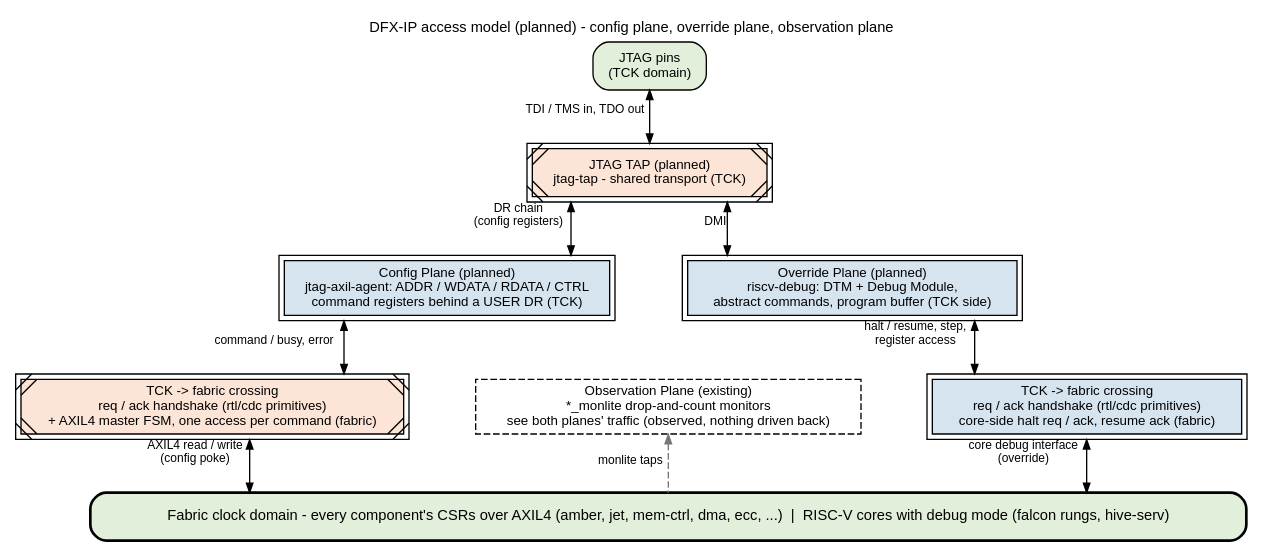
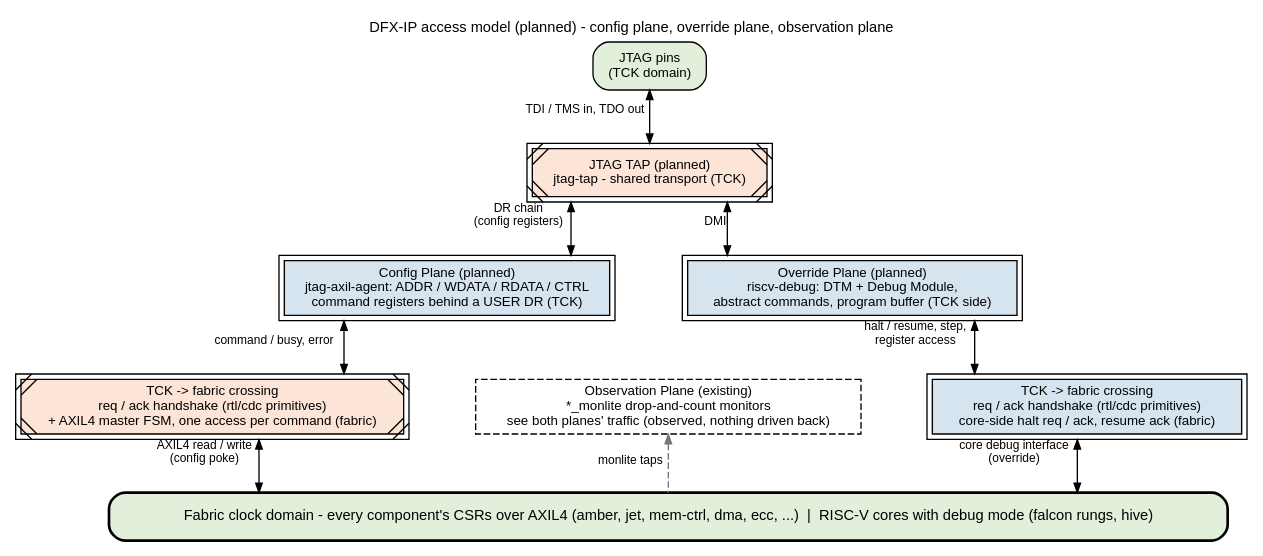
One commit to sean-galloway/RTLDesignSherpa changed the diagram in projects/components/dfx-ip/docs/dfx_has/assets/graphviz/01_access_planes.dot. Above: the diagram before and after it, drawn with Graphviz. The commit also changed 228 other files, not shown here.

```diff
--- a/projects/components/dfx-ip/docs/dfx_has/assets/graphviz/01_access_planes.dot
+++ b/projects/components/dfx-ip/docs/dfx_has/assets/graphviz/01_access_planes.dot
@@ -1,44 +1,44 @@
 // DFX-IP access model (planned) -- house style per
 // vault/handbook/authoring/block-diagrams.md. Converted from the ASCII figure
 // in HAS ch02 (the three planes). No DFX-IP RTL exists yet; the figure draws
 // only what the chapter states. Config plane down the left, override plane
 // down the right, one shared TAP above both; the fabric clock domain is the
 // bar. Each block names its clock domain (TCK or fabric) in its label.
 digraph dfx_access_planes {
     graph [rankdir=TB, bgcolor="white", fontname="Helvetica", fontsize=11,
            nodesep="0.70", ranksep="0.55", splines=ortho,
            label="DFX-IP access model (planned) - config plane, override plane, observation plane",
            labelloc=t, labeljust=c];
     node  [fontname="Helvetica", fontsize=10, shape=box, style=filled,
            fillcolor="white", color="black", margin="0.12,0.06"];
     edge  [fontname="Helvetica", fontsize=9, color="black", arrowsize=0.7];
 
     jtag [label="JTAG pins\n(TCK domain)", fillcolor="white", style="rounded,filled", fillcolor="#E2EFDA"];
     tap  [label="JTAG TAP (planned)\njtag-tap - shared transport (TCK)", peripheries=2, style="filled,diagonals", fillcolor="#FCE4D6"];
 
     agent [label="Config Plane (planned)\njtag-axil-agent: ADDR / WDATA / RDATA / CTRL\ncommand registers behind a USER DR (TCK)", peripheries=2, style="filled", fillcolor="#D6E4F0"];
     dm    [label="Override Plane (planned)\nriscv-debug: DTM + Debug Module,\nabstract commands, program buffer (TCK side)", peripheries=2, style="filled", fillcolor="#D6E4F0"];
 
     cdc_a [label="TCK -> fabric crossing\nreq / ack handshake (rtl/cdc primitives)\n+ AXIL4 master FSM, one access per command (fabric)", peripheries=2, style="filled,diagonals", fillcolor="#FCE4D6"];
     cdc_d [label="TCK -> fabric crossing\nreq / ack handshake (rtl/cdc primitives)\ncore-side halt req / ack, resume ack (fabric)", peripheries=2, style="filled", fillcolor="#D6E4F0"];
 
     obs [label="Observation Plane (existing)\n*_monlite drop-and-count monitors\nsee both planes' traffic (observed, nothing driven back)",
          style="filled,dashed", style="filled,dashed", fillcolor="white"];
 
-    bar [label="Fabric clock domain - every component's CSRs over AXIL4 (amber, jet, mem-ctrl, dma, ecc, ...)  |  RISC-V cores with debug mode (falcon rungs, hive-serv)",
+    bar [label="Fabric clock domain - every component's CSRs over AXIL4 (amber, jet, mem-ctrl, dma, ecc, ...)  |  RISC-V cores with debug mode (falcon rungs, hive)",
          fillcolor="white", width=10, height=0.5, fontsize=11, style="rounded,filled,bold", fillcolor="#E2EFDA"];
 
     jtag  -> tap   [dir=both, xlabel="TDI / TMS in, TDO out"];
     tap   -> agent [dir=both, xlabel="DR chain\n(config registers)"];
     tap   -> dm    [dir=both, xlabel="DMI"];
     agent -> cdc_a [dir=both, xlabel="command / busy, error"];
     dm    -> cdc_d [dir=both, xlabel="halt / resume, step,\nregister access"];
     cdc_a -> bar   [dir=both, xlabel="AXIL4 read / write\n(config poke)"];
     cdc_d -> bar   [dir=both, xlabel="core debug interface\n(override)"];
     obs   -> bar   [dir=back, style=dashed, color="#777777", xlabel="monlite taps"];
 
     { rank=same; agent; dm; }
     { rank=same; cdc_a; obs; cdc_d; }
     agent -> dm [style=invis];
     cdc_a -> obs -> cdc_d [style=invis];
 }
```
